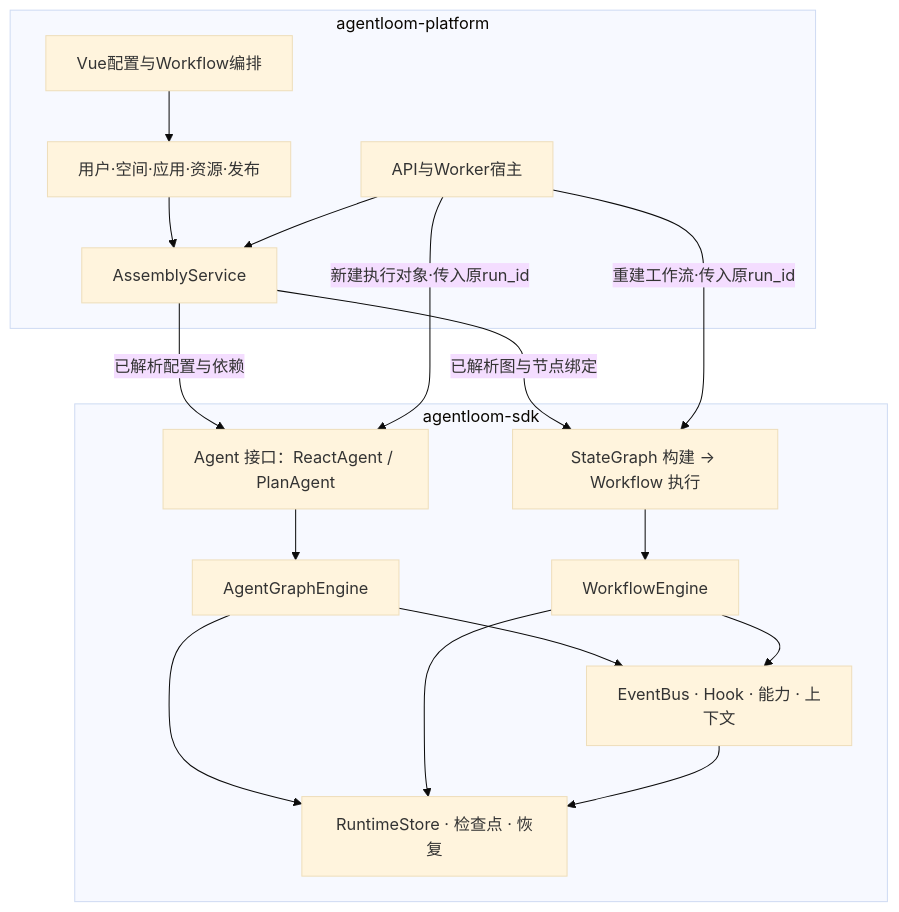
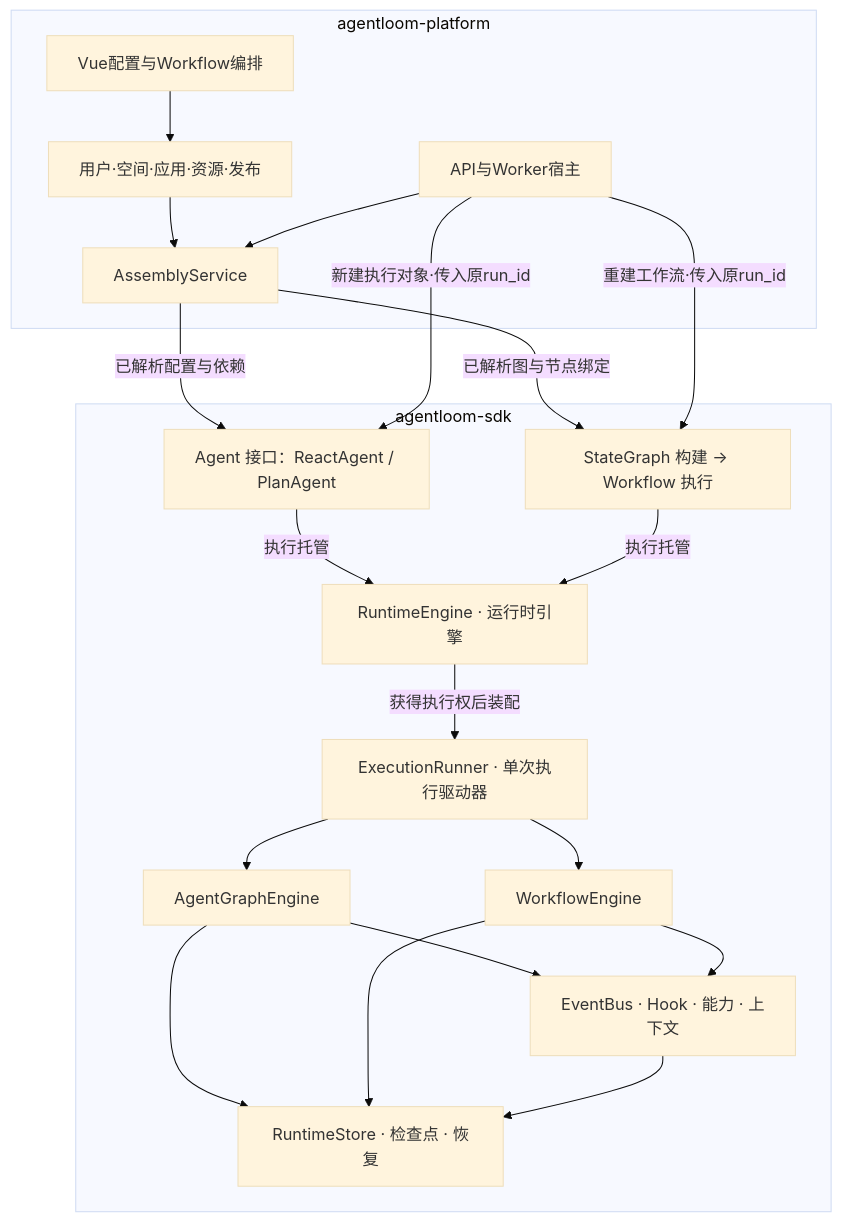
One commit to dujian0068/agent-loom changed the diagram in docs/sdk-platform-boundary.md. Above: the diagram before and after it, drawn with Mermaid (base theme). The commit also changed other lines of this file and 28 other files, not shown here.

````diff
--- a/docs/sdk-platform-boundary.md
+++ b/docs/sdk-platform-boundary.md
@@ -7,31 +7,36 @@
 ```mermaid
 flowchart TB
     subgraph Platform["agentloom-platform"]
       UI["Vue配置与Workflow编排"]
       APP["用户·空间·应用·资源·发布"]
       AS["AssemblyService"]
       HOST["API与Worker宿主"]
       UI --> APP
       APP --> AS
       HOST --> AS
     end
     subgraph SDK["agentloom-sdk"]
       API["Agent 接口：ReactAgent / PlanAgent"]
       WAPI["StateGraph 构建 → Workflow 执行"]
+      HOSTSDK["RuntimeEngine · 运行时引擎"]
+      RUNSDK["ExecutionRunner · 单次执行驱动器"]
       AG["AgentGraphEngine"]
       WF["WorkflowEngine"]
       SV["EventBus · Hook · 能力 · 上下文"]
       CP["RuntimeStore · 检查点 · 恢复"]
-      API --> AG
-      WAPI --> WF
+      API -->|执行托管| HOSTSDK
+      WAPI -->|执行托管| HOSTSDK
+      HOSTSDK -->|获得执行权后装配| RUNSDK
+      RUNSDK --> AG
+      RUNSDK --> WF
       AG --> SV
       WF --> SV
       AG --> CP
       WF --> CP
       SV --> CP
     end
     AS -->|已解析配置与依赖| API
     AS -->|已解析图与节点绑定| WAPI
     HOST -->|新建执行对象·传入原run_id| API
     HOST -->|重建工作流·传入原run_id| WAPI
 ```
````
